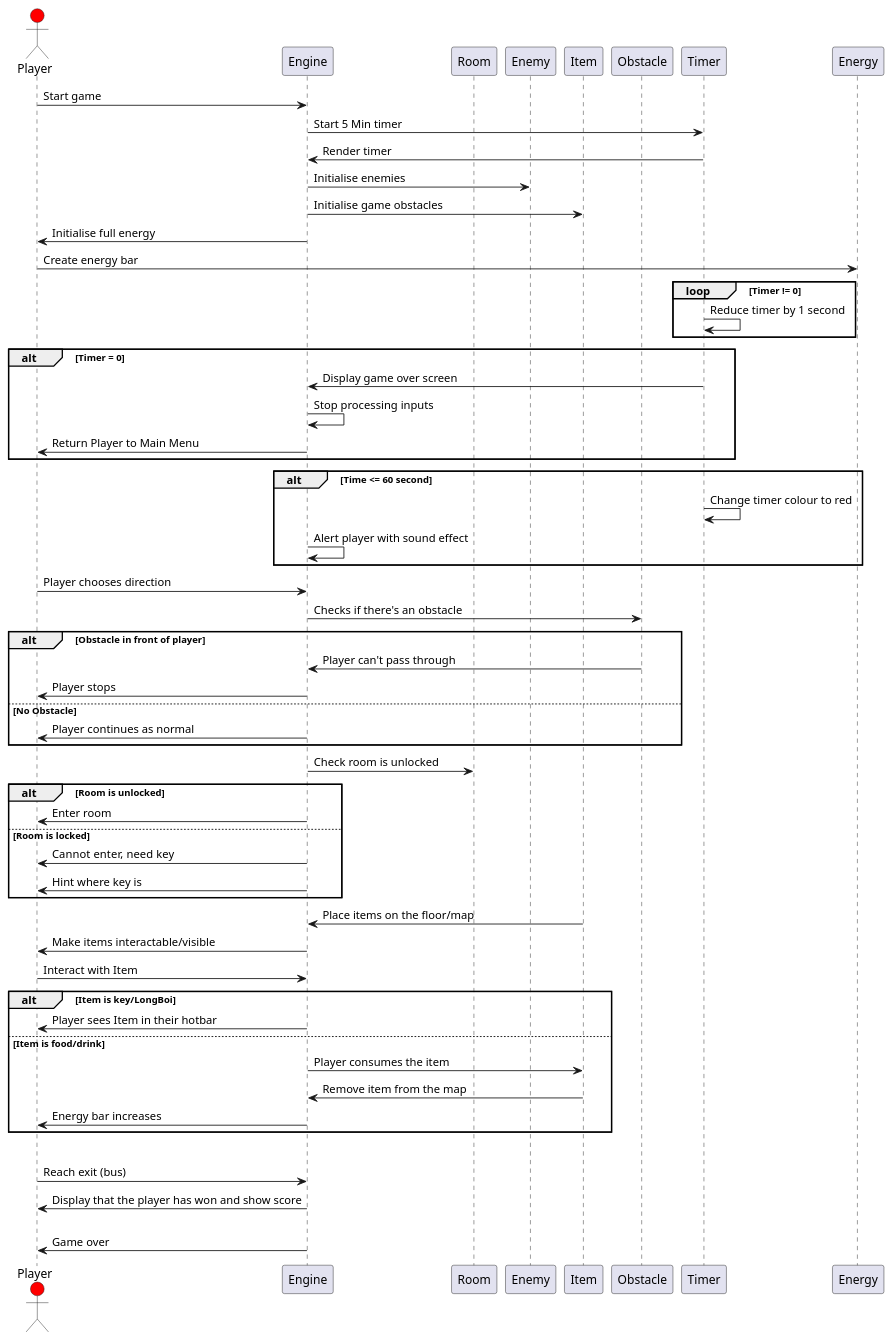
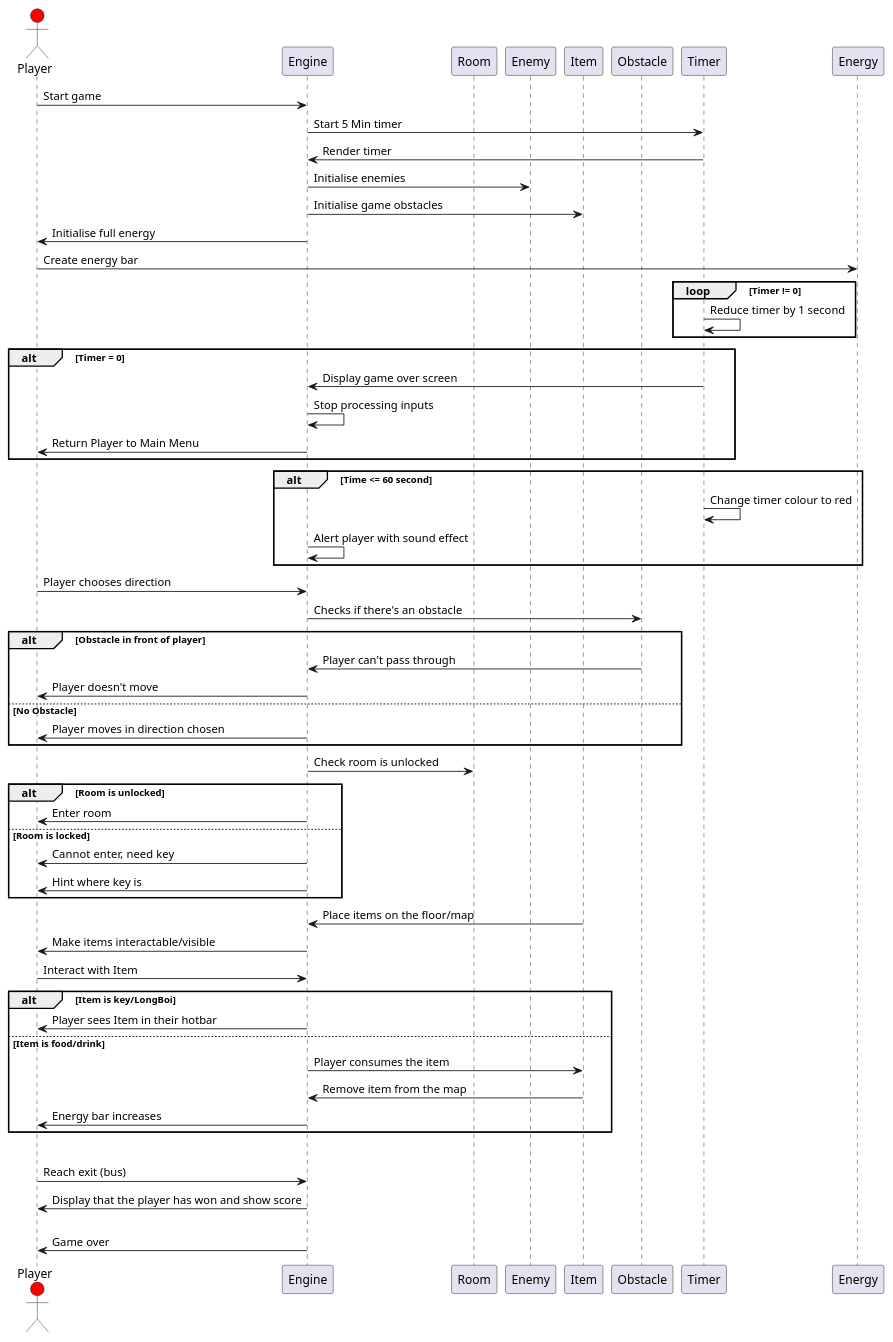
The diagram in Architecture/structuralMain.puml (WHALES-ENG1/WHALES-Assets), drawn with PlantUML before and after one commit.

Commit message:
Tidied movement

```diff
--- a/Architecture/structuralMain.puml
+++ b/Architecture/structuralMain.puml
@@ -1,107 +1,105 @@
 @startuml structuralDiagram
 
 'separate diagram for main menu? i.e. settings leaderboard'
 
 'participants: player, room, engine, goose'
 'sequence diagram - mainly decisions'
 
 actor Player #Red
 participant Engine
 participant Room
 participant Enemy
 participant Item
 participant Obstacle
 participant Timer
 participant Energy
 
 
 'start of the game'
 
 Player -> Engine: Start game
 Engine -> Timer: Start 5 Min timer
 Timer -> Engine: Render timer
 
 
 'creation of the maze
 
 Engine -> Enemy: Initialise enemies
 Engine -> Item: Initialise game obstacles
 Engine -> Player: Initialise full energy
 Player -> Energy: Create energy bar
 
 'timer:'
 
 loop Timer != 0
     Timer -> Timer: Reduce timer by 1 second
 end
 
 alt Timer = 0
     Timer -> Engine: Display game over screen
     Engine -> Engine: Stop processing inputs
     Engine -> Player: Return Player to Main Menu
 end
 
 alt Time <= 60 second
     Timer -> Timer: Change timer colour to red
     Engine -> Engine: Alert player with sound effect
 end
 
 
 'player movement:'
 
 Player -> Engine: Player chooses direction
 Engine -> Obstacle: Checks if there's an obstacle
 
 alt Obstacle in front of player
     Obstacle -> Engine: Player can't pass through
-    Engine -> Player: Player stops
-
+    Engine -> Player: Player doesn't move
 else No Obstacle
-    Engine -> Player: Player continues as normal
-
+    Engine -> Player: Player moves in direction chosen
 end
 
 
 'rooms/doors
 
 Engine -> Room: Check room is unlocked
 
 alt Room is unlocked
     Engine -> Player: Enter room
 
 else Room is locked
     Engine -> Player: Cannot enter, need key
     Engine -> Player: Hint where key is
 
 end
 
 
 'items:'
 
 Item -> Engine: Place items on the floor/map
 Engine -> Player: Make items interactable/visible
 
 Player -> Engine: Interact with Item
 
 alt Item is key/LongBoi
     Engine -> Player: Player sees Item in their hotbar
 
 else Item is food/drink
     Engine -> Item: Player consumes the item
     Item -> Engine: Remove item from the map
     Engine -> Player: Energy bar increases
 
 end
 
 
 'player wins the game (longboi is returned and make the bus):'
 
 alt Player has LongBoi and Time != 0
     Player -> Engine: Reach exit (bus)
     Engine -> Player: Display that the player has won and show score
 
 else Player doesn't have LongBoi or time = 0
     Engine -> Player: Game over
 
 
 @enduml
```
